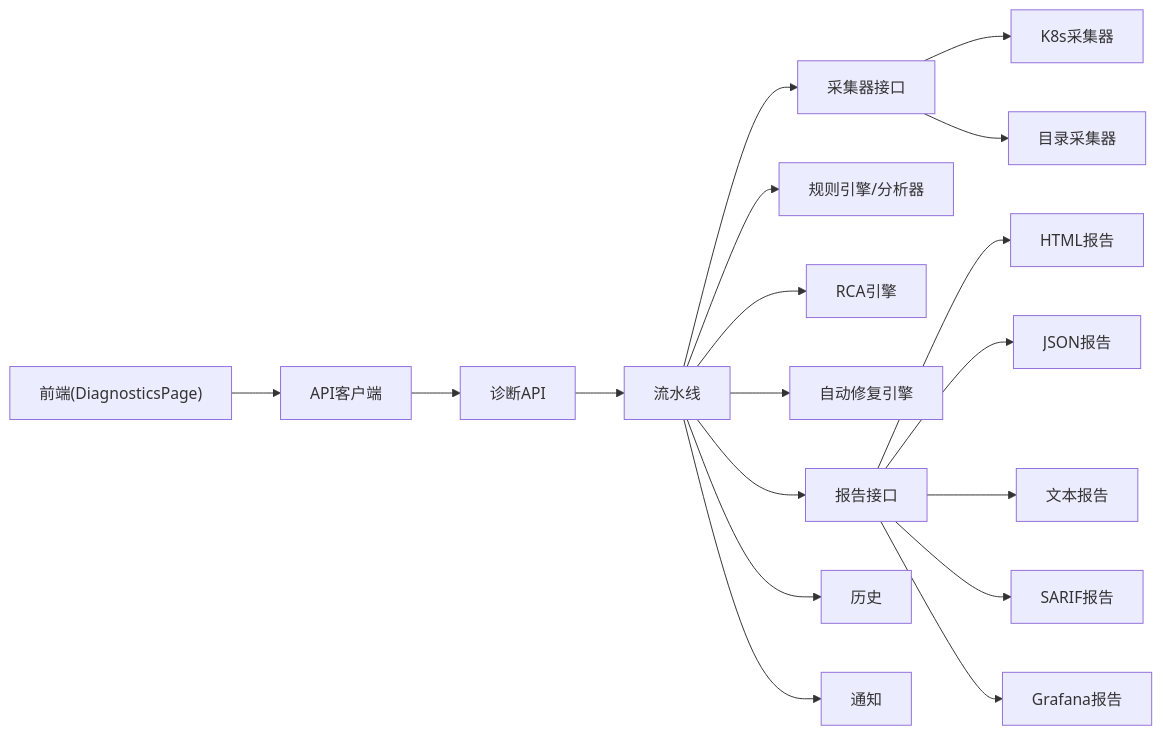
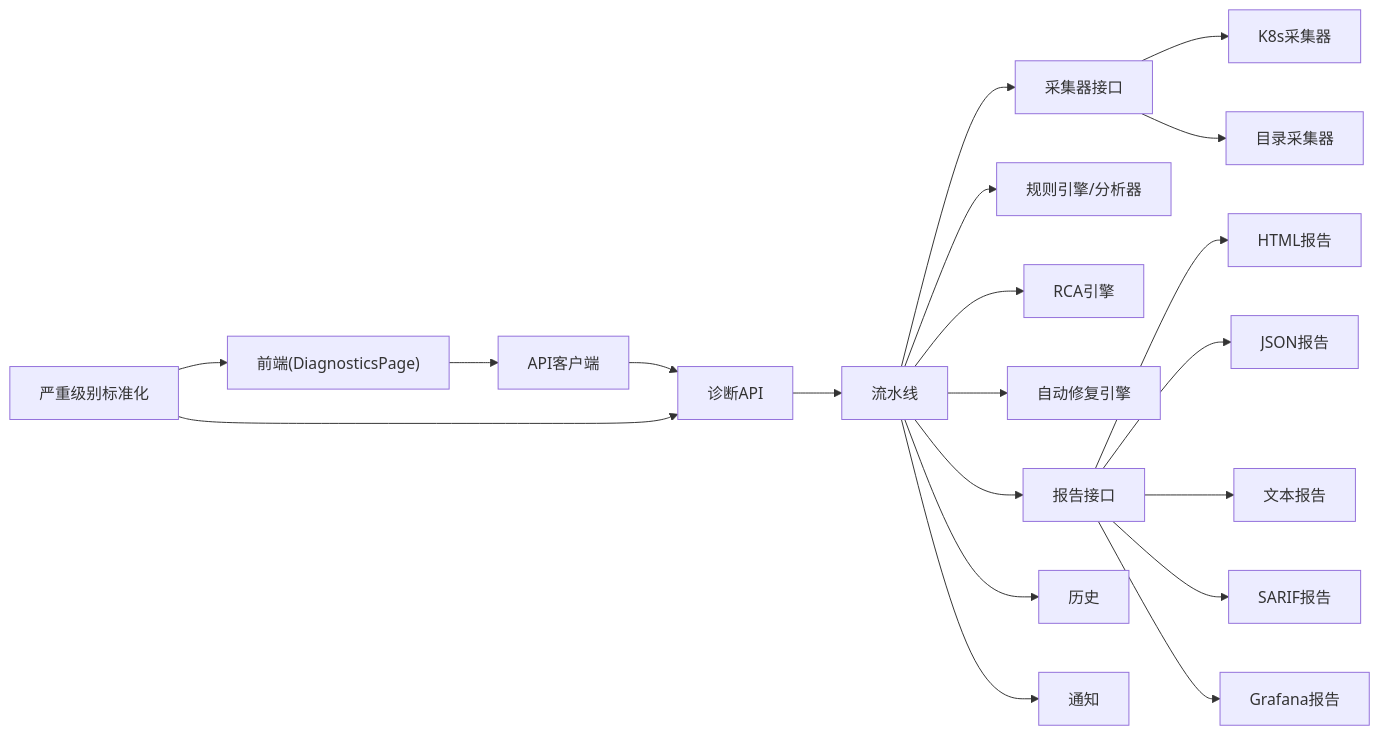
Before and after one commit to kudig-io/klaw: the seventh of 7 diagrams in .qoder/repowiki/zh/content/Web前端应用/页面组件/诊断页面.md, drawn with Mermaid. The commit also changed other lines of this file and 48 other files, not shown here.

````diff
--- a/.qoder/repowiki/zh/content/Web前端应用/页面组件/诊断页面.md
+++ b/.qoder/repowiki/zh/content/Web前端应用/页面组件/诊断页面.md
@@ -446,20 +505,22 @@
 ```mermaid
 graph LR
 FE["前端(DiagnosticsPage)"] --> API["API客户端"]
 API --> BE["诊断API"]
 BE --> PL["流水线"]
 PL --> COL["采集器接口"]
 COL --> K8s["K8s采集器"]
 COL --> Dir["目录采集器"]
 PL --> RULES["规则引擎/分析器"]
 PL --> RCA["RCA引擎"]
 PL --> AF["自动修复引擎"]
 PL --> REP["报告接口"]
 REP --> HTML["HTML报告"]
 REP --> JSON["JSON报告"]
 REP --> TXT["文本报告"]
 REP --> SARIF["SARIF报告"]
 REP --> GRAF["Grafana报告"]
 PL --> HIST["历史"]
 PL --> NOTI["通知"]
+SEV["严重级别标准化"] --> FE
+SEV --> BE
 ```
````
